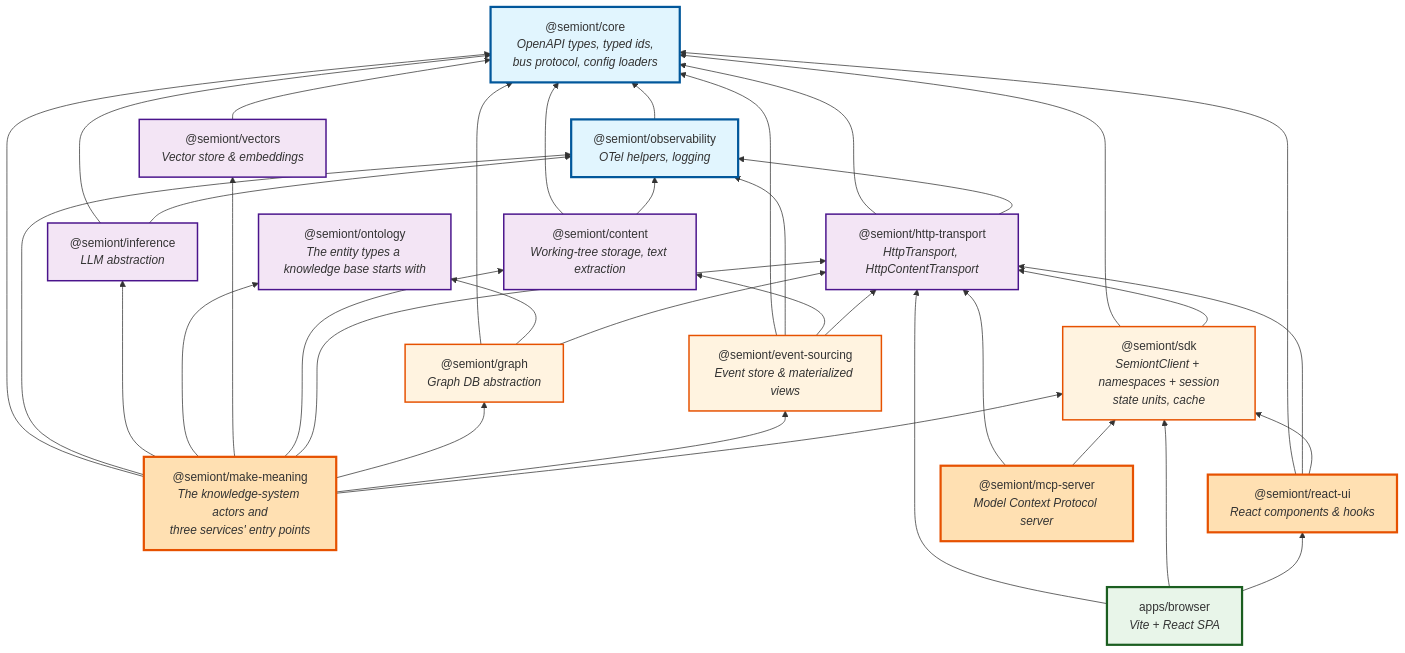
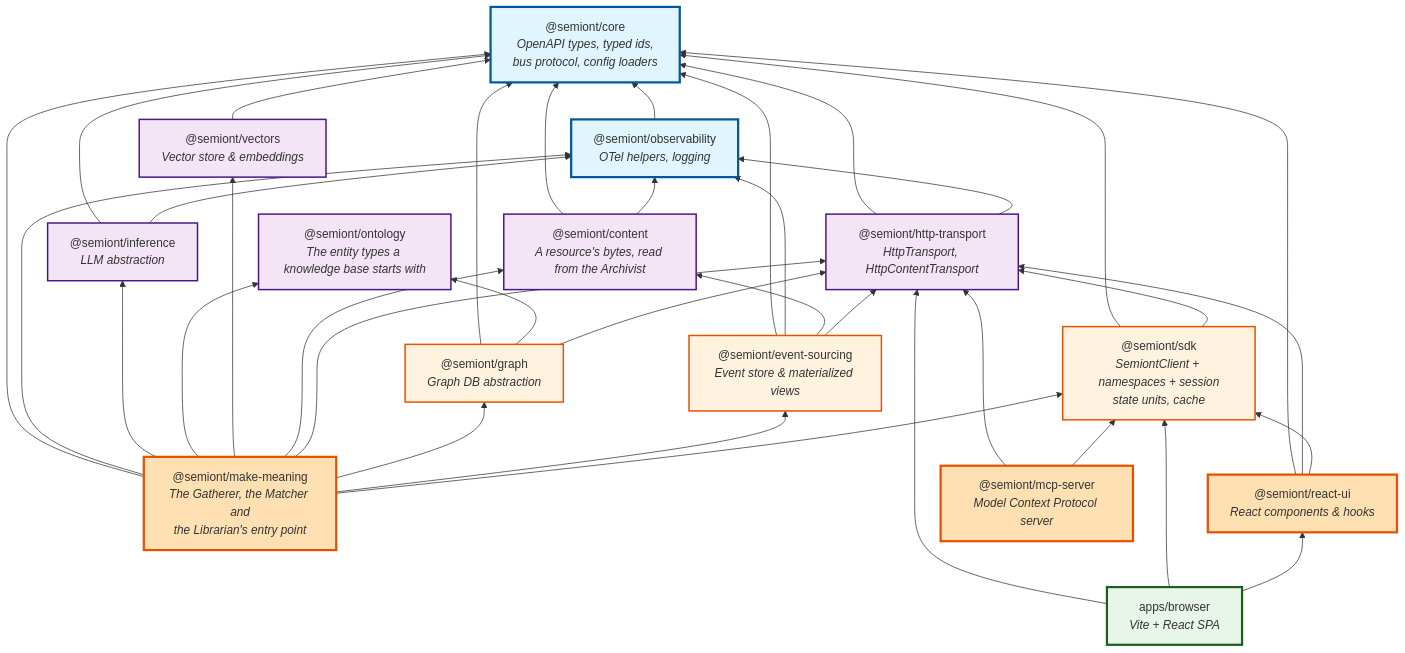
Before and after one commit to The-AI-Alliance/semiont: the first of 2 diagrams in docs/architecture/PACKAGE-ARCHITECTURE.md, drawn with Mermaid. The commit also changed other lines of this file and 230 other files, not shown here.

````diff
--- a/docs/architecture/PACKAGE-ARCHITECTURE.md
+++ b/docs/architecture/PACKAGE-ARCHITECTURE.md
@@ -11,78 +11,78 @@
 ```mermaid
 graph BT
     %% Layer 4: Application
     browser["apps/browser<br/><i>Vite + React SPA</i>"]
 
     %% Layer 3: Application logic
-    meaning["@semiont/make-meaning<br/><i>The knowledge-system actors and<br/>three services' entry points</i>"]
+    meaning["@semiont/make-meaning<br/><i>The Gatherer, the Matcher and<br/>the Librarian's entry point</i>"]
     react["@semiont/react-ui<br/><i>React components & hooks</i>"]
     mcp["@semiont/mcp-server<br/><i>Model Context Protocol server</i>"]
 
     %% Layer 2: SDK + domain storage
     sdk["@semiont/sdk<br/><i>SemiontClient + namespaces + session<br/>state units, cache</i>"]
     graph_pkg["@semiont/graph<br/><i>Graph DB abstraction</i>"]
     event["@semiont/event-sourcing<br/><i>Event store & materialized views</i>"]
 
     %% Layer 1: Wire + primitives
     api["@semiont/http-transport<br/><i>HttpTransport, HttpContentTransport</i>"]
-    content["@semiont/content<br/><i>Working-tree storage, text extraction</i>"]
+    content["@semiont/content<br/><i>A resource's bytes, read from the Archivist</i>"]
     vectors["@semiont/vectors<br/><i>Vector store & embeddings</i>"]
     ontology["@semiont/ontology<br/><i>The entity types a knowledge base starts with</i>"]
     inference["@semiont/inference<br/><i>LLM abstraction</i>"]
 
     %% Layer 0: Foundation
     core["@semiont/core<br/><i>OpenAPI types, typed ids,<br/>bus protocol, config loaders</i>"]
     obs["@semiont/observability<br/><i>OTel helpers, logging</i>"]
 
     browser --> react
     browser --> sdk
     browser --> api
 
     meaning --> sdk
     meaning --> event
     meaning --> graph_pkg
     meaning --> api
     meaning --> content
     meaning --> vectors
     meaning --> ontology
     meaning --> inference
     meaning --> obs
     meaning --> core
     react --> sdk
     react --> api
     react --> core
     mcp --> sdk
     mcp --> api
 
     sdk --> api
     sdk --> core
     graph_pkg --> api
     graph_pkg --> ontology
     graph_pkg --> core
     event --> api
     event --> content
     event --> obs
     event --> core
 
     api --> obs
     api --> core
     content --> obs
     content --> core
     vectors --> core
     inference --> obs
     inference --> core
 
     obs --> core
 
     classDef layer0 fill:#e1f5fe,stroke:#01579b,stroke-width:3px
     classDef layer1 fill:#f3e5f5,stroke:#4a148c,stroke-width:2px
     classDef layer2 fill:#fff3e0,stroke:#e65100,stroke-width:2px
     classDef layer3 fill:#ffe0b2,stroke:#e65100,stroke-width:3px
     classDef layer4 fill:#e8f5e9,stroke:#1b5e20,stroke-width:3px
 
     class core,obs layer0
     class api,content,vectors,ontology,inference layer1
     class sdk,event,graph_pkg layer2
     class meaning,react,mcp layer3
     class browser layer4
 ```
````
